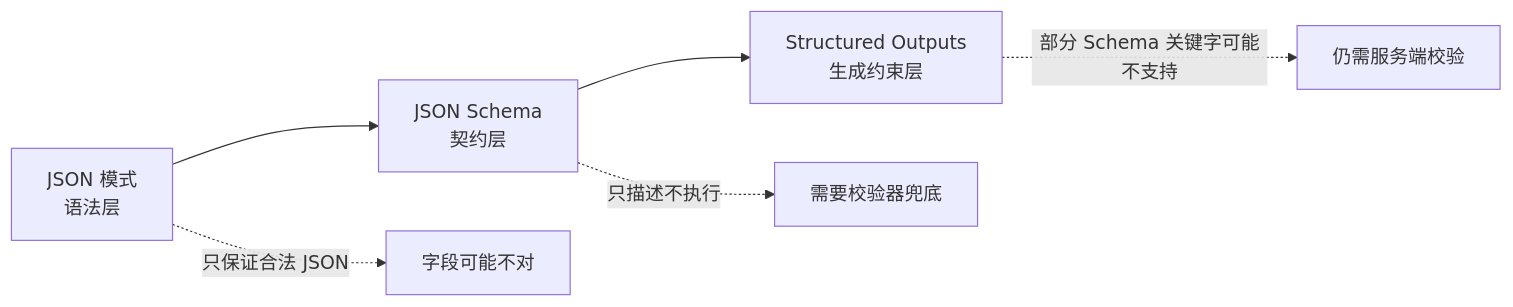
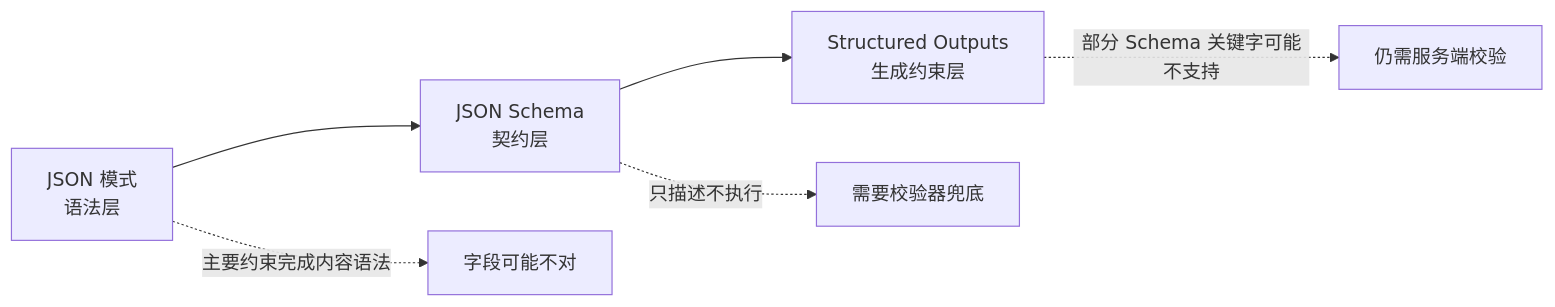
One commit to zhaoge0202/zhaoge_blog changed the first of 2 diagrams in src/ai/ai-prompt-structured-output.md. Above: the diagram before and after it, drawn with Mermaid. The commit also changed other lines of this file and 44 other files, not shown here.

````diff
--- a/src/ai/ai-prompt-structured-output.md
+++ b/src/ai/ai-prompt-structured-output.md
@@ -116,8 +113,8 @@
 ```mermaid
 flowchart LR
     A[JSON 模式<br/>语法层] --> B[JSON Schema<br/>契约层]
     B --> C[Structured Outputs<br/>生成约束层]
-    A -.->|只保证合法 JSON| D[字段可能不对]
+    A -.->|主要约束完成内容语法| D[字段可能不对]
     B -.->|只描述不执行| E[需要校验器兜底]
     C -.->|部分 Schema 关键字可能不支持| F[仍需服务端校验]
 ```
````
